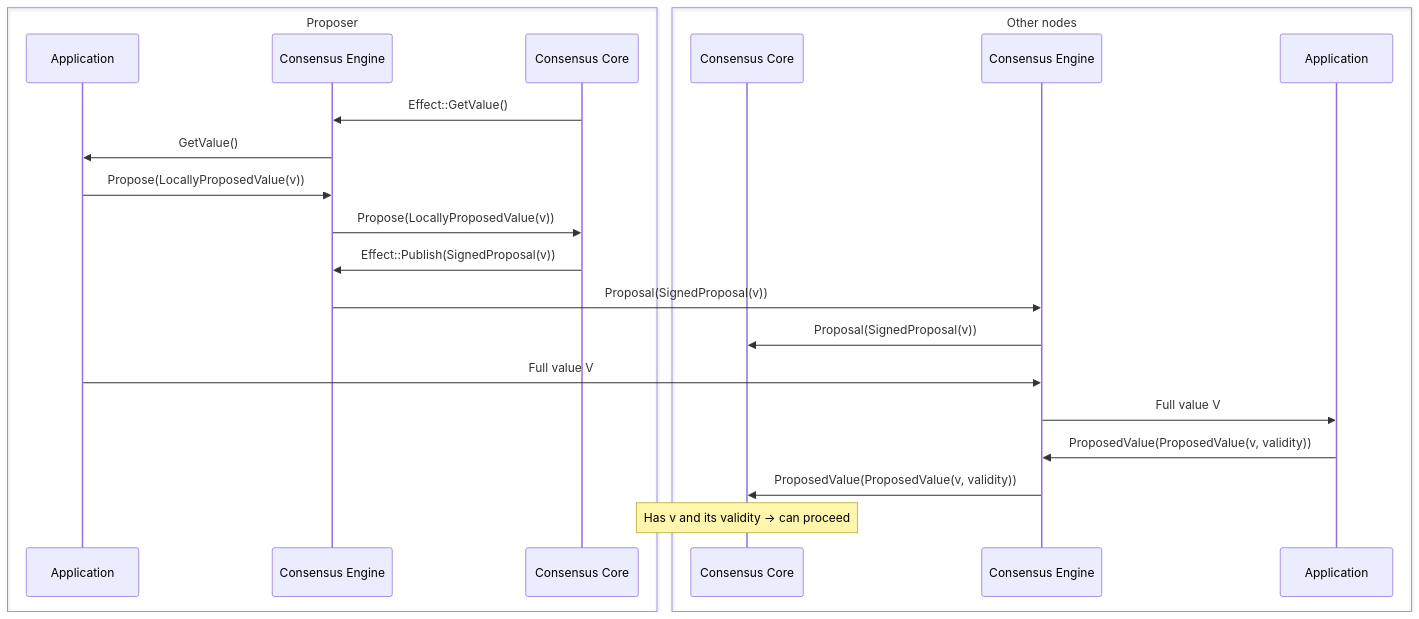
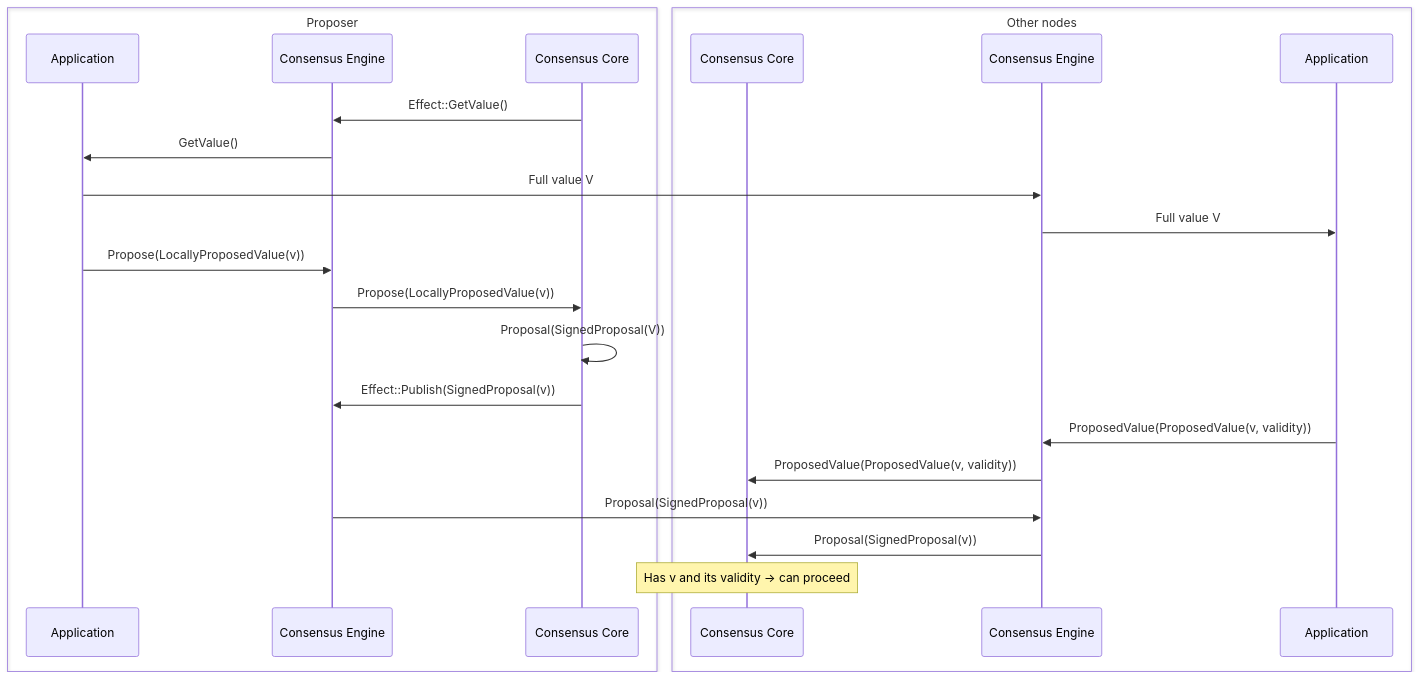
Before and after one commit to circlefin/malachite: the second of 3 diagrams in docs/architecture/adr-003-values-propagation.md, drawn with Mermaid. The commit also changed other lines of this file, not shown here.

Commit message:
Show streaming before LocallyProposedValue, add own Proposal msg

````diff
--- a/docs/architecture/adr-003-values-propagation.md
+++ b/docs/architecture/adr-003-values-propagation.md
@@ -207,30 +208,33 @@
 ```mermaid
 sequenceDiagram
     box Proposer
       participant A1 as Application
       participant E1 as Consensus Engine
       participant C1 as Consensus Core
     end
 
     box Other nodes
       participant C2 as Consensus Core
       participant E2 as Consensus Engine
       participant A2 as Application
     end
 
     C1->>E1: Effect::GetValue()
     E1->>A1: GetValue()
 
+    A1->>E2: Full value V
+    E2->>A2: Full value V
+
     A1->>E1: Propose(LocallyProposedValue(v))
     E1->>C1: Propose(LocallyProposedValue(v))
+    C1->>C1: Proposal(SignedProposal(V))
     C1->>E1: Effect::Publish(SignedProposal(v))
+
+    A2->>E2: ProposedValue(ProposedValue(v, validity))
+    E2->>C2: ProposedValue(ProposedValue(v, validity))
     E1->>E2: Proposal(SignedProposal(v))
 
     E2->>C2: Proposal(SignedProposal(v))
-    A1->>E2: Full value V
-    E2->>A2: Full value V
-    A2->>E2: ProposedValue(ProposedValue(v, validity))
-    E2->>C2: ProposedValue(ProposedValue(v, validity))
 
     Note over C2: Has v and its validity → can proceed
 ```
````
